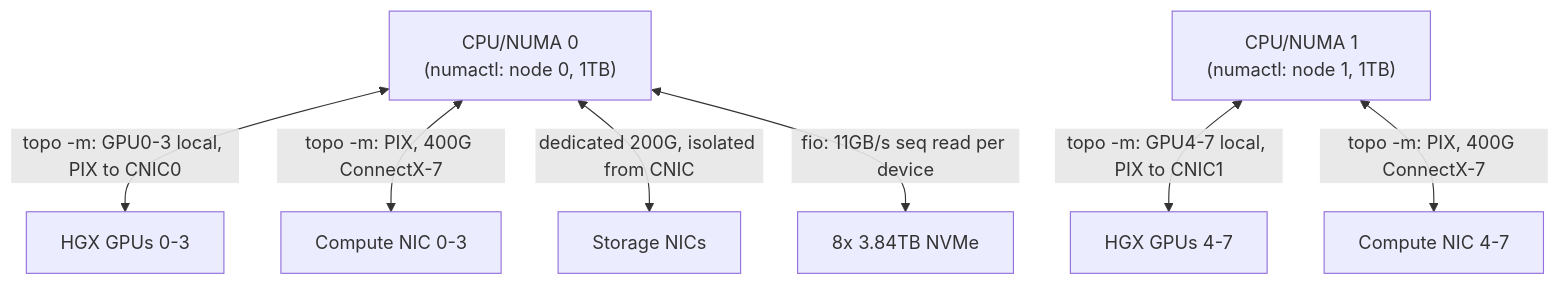
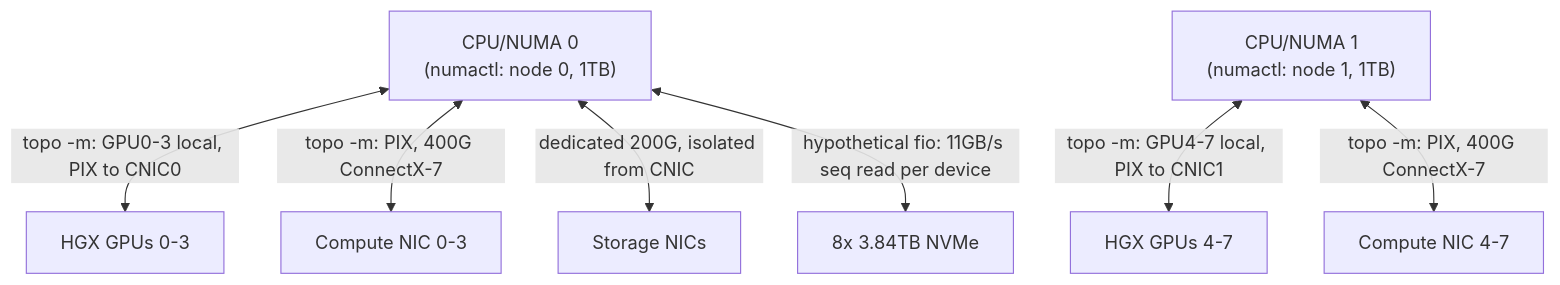
One commit to jithinpnjm/nvidia-devops changed the third of 3 diagrams in docs/nvidia-zero-to-hero/volume-06/labs/lab-01-compare-hgx-server-designs.md. Above: the diagram before and after it, drawn with Mermaid. The commit also changed other lines of this file and 289 other files, not shown here.

````diff
--- a/docs/nvidia-zero-to-hero/volume-06/labs/lab-01-compare-hgx-server-designs.md
+++ b/docs/nvidia-zero-to-hero/volume-06/labs/lab-01-compare-hgx-server-designs.md
@@ -156,9 +158,9 @@
 ```mermaid
 flowchart TD
     CPU0["CPU/NUMA 0<br/>(numactl: node 0, 1TB)"] <-->|"topo -m: GPU0-3 local, PIX to CNIC0"| HGX0["HGX GPUs 0-3"]
     CPU1["CPU/NUMA 1<br/>(numactl: node 1, 1TB)"] <-->|"topo -m: GPU4-7 local, PIX to CNIC1"| HGX1["HGX GPUs 4-7"]
     CPU0 <-->|"topo -m: PIX, 400G ConnectX-7"| CNIC0["Compute NIC 0-3"]
     CPU1 <-->|"topo -m: PIX, 400G ConnectX-7"| CNIC1["Compute NIC 4-7"]
     CPU0 <-->|"dedicated 200G, isolated from CNIC"| SNIC["Storage NICs"]
-    CPU0 <-->|"fio: 11GB/s seq read per device"| NVMe["8x 3.84TB NVMe"]
+    CPU0 <-->|"hypothetical fio: 11GB/s seq read per device"| NVMe["8x 3.84TB NVMe"]
 ```
````
